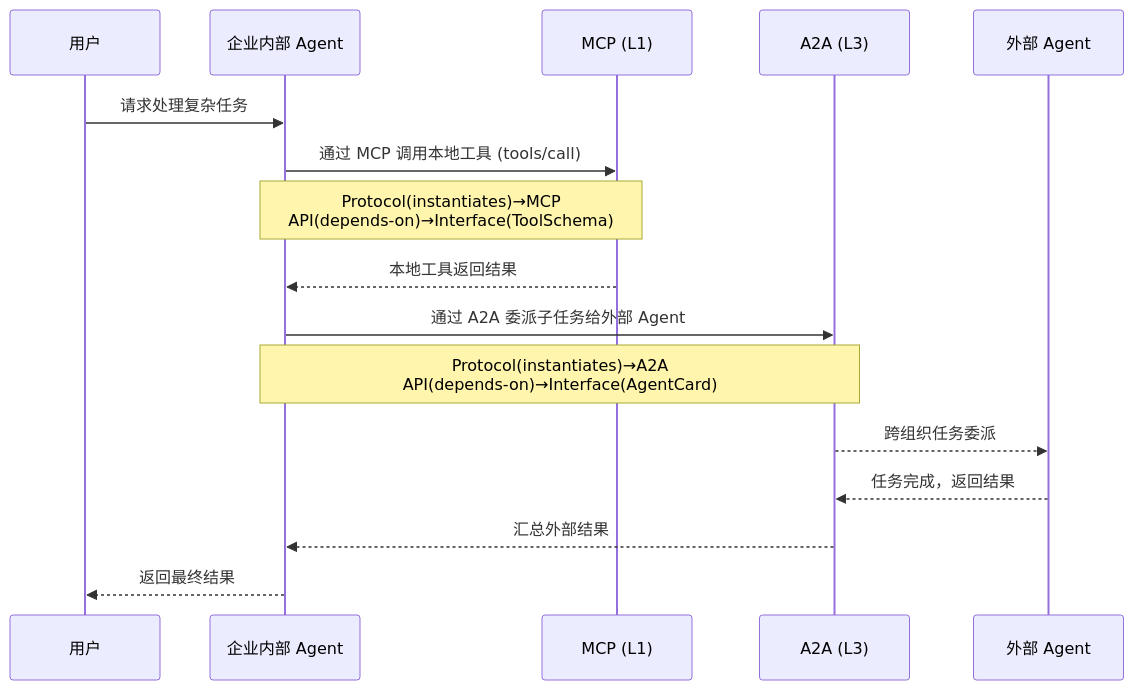
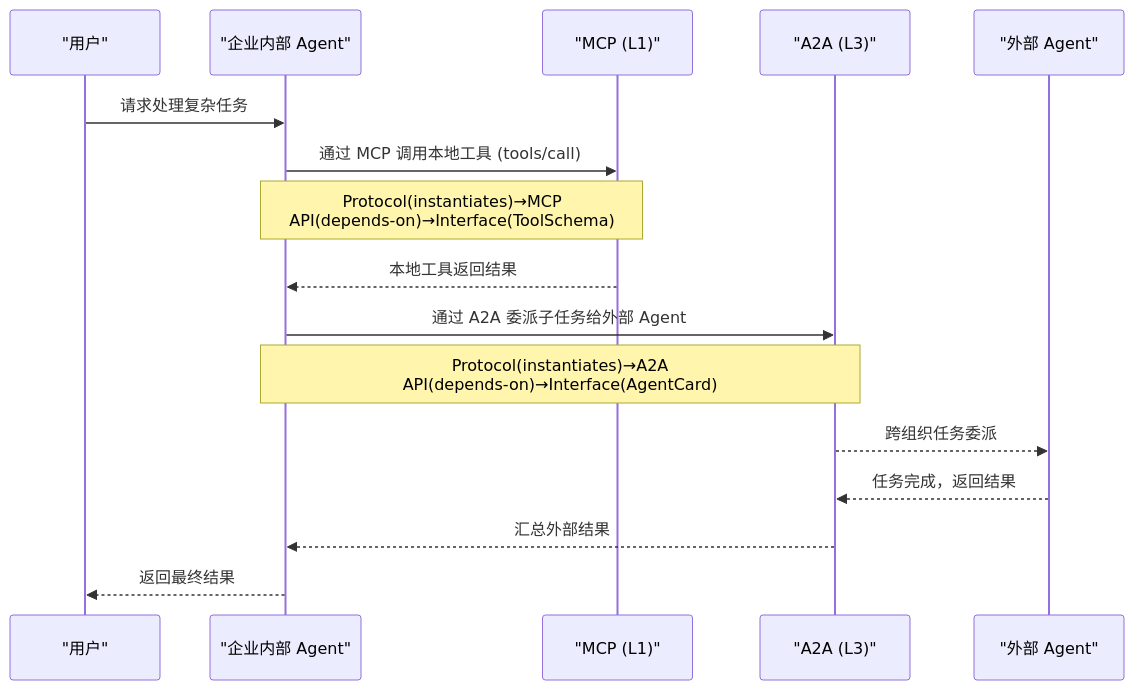
Before and after one commit to xinetzone/SpecWeave: the second of 4 diagrams in docs/knowledge/myst-unified-ecosystem/12-relationships.md, drawn with Mermaid. The commit also changed other lines of this file and 75 other files, not shown here.

First line of the commit message:
fix(mermaid): 自动修复docs目录下67处Mermaid语法错误并更新私密报告引用路径

````diff
--- a/docs/knowledge/myst-unified-ecosystem/12-relationships.md
+++ b/docs/knowledge/myst-unified-ecosystem/12-relationships.md
@@ -141,19 +140,18 @@
 ```mermaid
 sequenceDiagram
-    participant User as 用户
-    participant Agent as 企业内部 Agent
-    participant MCP as MCP (L1)
-    participant A2A as A2A (L3)
-    participant ExtAgent as 外部 Agent
-
+    participant User as "用户"
+    participant Agent as "企业内部 Agent"
+    participant MCP as "MCP (L1)"
+    participant A2A as "A2A (L3)"
+    participant ExtAgent as "外部 Agent"
     User->>Agent: 请求处理复杂任务
     Agent->>MCP: 通过 MCP 调用本地工具 (tools/call)
     Note over Agent,MCP: Protocol(instantiates)→MCP<br/>API(depends-on)→Interface(ToolSchema)
     MCP-->>Agent: 本地工具返回结果
     Agent->>A2A: 通过 A2A 委派子任务给外部 Agent
     Note over Agent,A2A: Protocol(instantiates)→A2A<br/>API(depends-on)→Interface(AgentCard)
     A2A-->>ExtAgent: 跨组织任务委派
     ExtAgent-->>A2A: 任务完成，返回结果
     A2A-->>Agent: 汇总外部结果
     Agent-->>User: 返回最终结果
 ```
````
